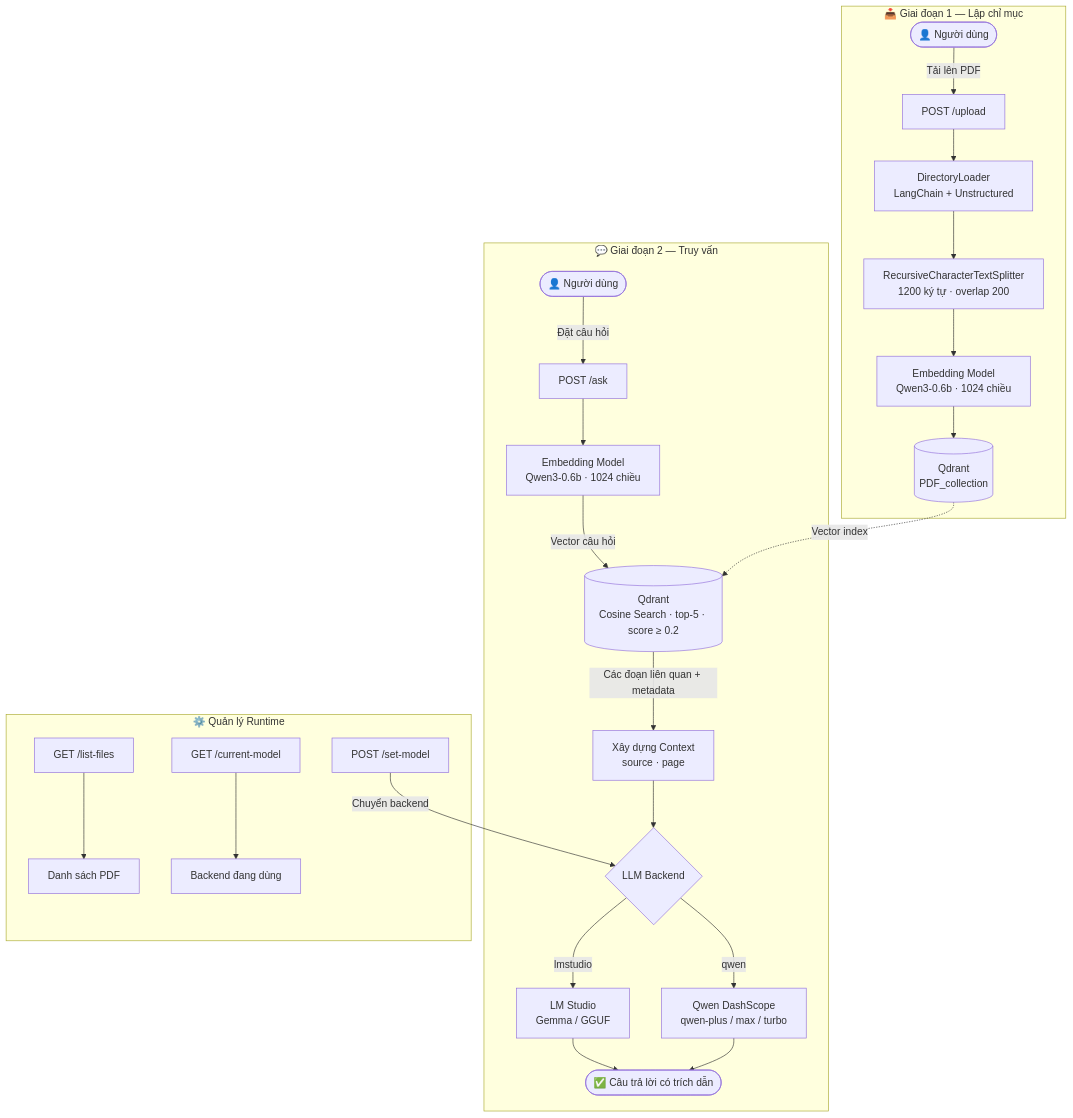
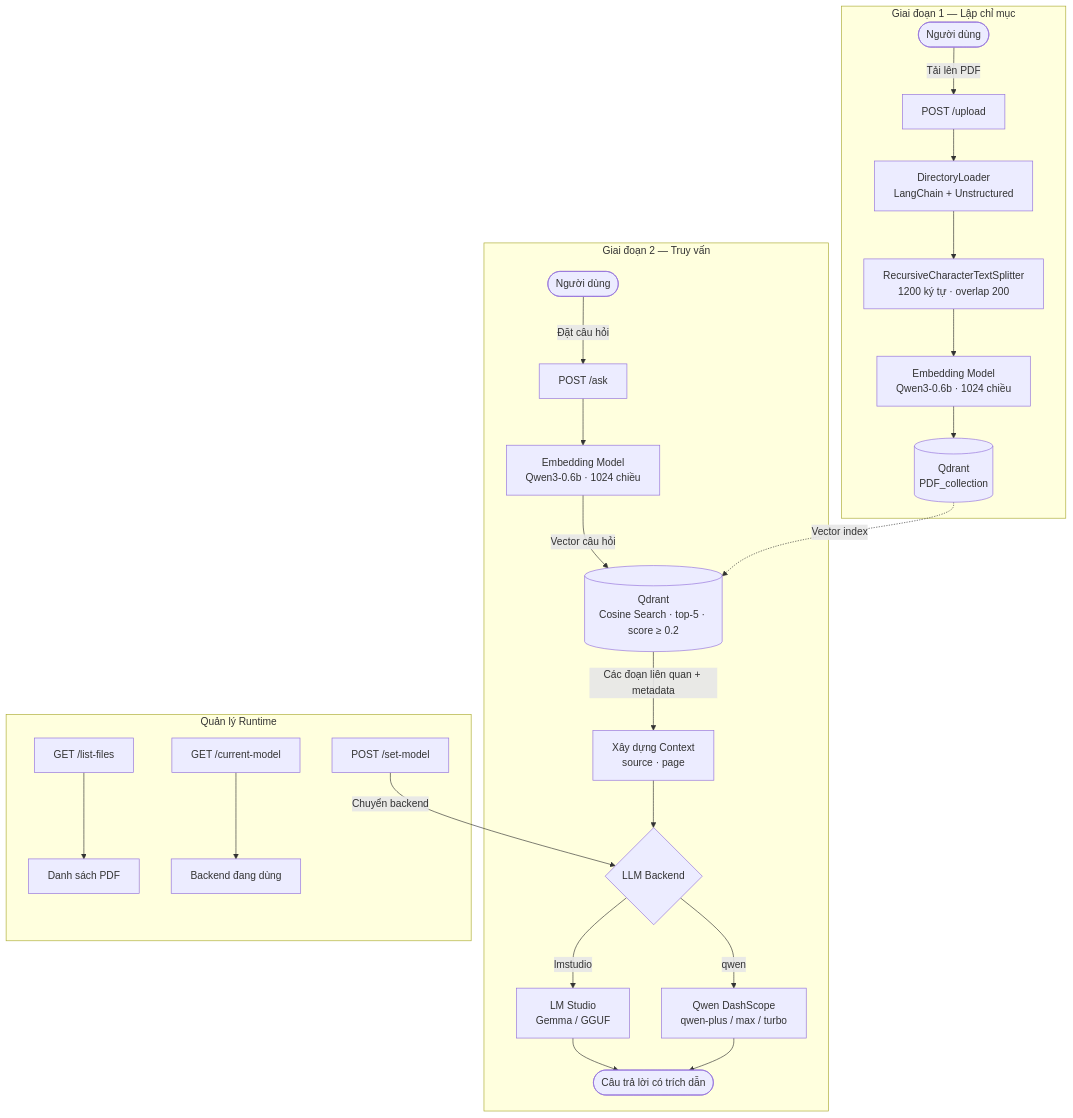
Before and after one commit to agent42-wp/rag-with-ui: the diagram in README.md, drawn with Mermaid. The commit also changed other lines of this file, not shown here.

````diff
--- a/README.md
+++ b/README.md
@@ -36,30 +36,30 @@
 ```mermaid
 flowchart TD
-    subgraph PHASE1["📥 Giai đoạn 1 — Lập chỉ mục"]
-        A([👤 Người dùng]) -->|Tải lên PDF| B[POST /upload]
+    subgraph PHASE1["Giai đoạn 1 — Lập chỉ mục"]
+        A([Người dùng]) -->|Tải lên PDF| B[POST /upload]
         B --> C[DirectoryLoader\nLangChain + Unstructured]
         C --> D[RecursiveCharacterTextSplitter\n1200 ký tự · overlap 200]
         D --> E[Embedding Model\nQwen3-0.6b · 1024 chiều]
         E --> F[(Qdrant\nPDF_collection)]
     end
 
-    subgraph PHASE2["💬 Giai đoạn 2 — Truy vấn"]
-        G([👤 Người dùng]) -->|Đặt câu hỏi| H[POST /ask]
+    subgraph PHASE2["Giai đoạn 2 — Truy vấn"]
+        G([Người dùng]) -->|Đặt câu hỏi| H[POST /ask]
         H --> I[Embedding Model\nQwen3-0.6b · 1024 chiều]
         I -->|Vector câu hỏi| J[(Qdrant\nCosine Search · top-5 · score ≥ 0.2)]
         J -->|Các đoạn liên quan + metadata| K[Xây dựng Context\nsource · page]
         K --> L{LLM Backend}
         L -->|lmstudio| M[LM Studio\nGemma / GGUF]
         L -->|qwen| N[Qwen DashScope\nqwen-plus / max / turbo]
-        M --> O([✅ Câu trả lời có trích dẫn])
+        M --> O([Câu trả lời có trích dẫn])
         N --> O
     end
 
     F -.->|Vector index| J
 
-    subgraph API["⚙️ Quản lý Runtime"]
+    subgraph API["Quản lý Runtime"]
         P[POST /set-model] -->|Chuyển backend| L
         Q[GET /list-files] --> R[Danh sách PDF]
         S[GET /current-model] --> T[Backend đang dùng]
     end
 ```
````
